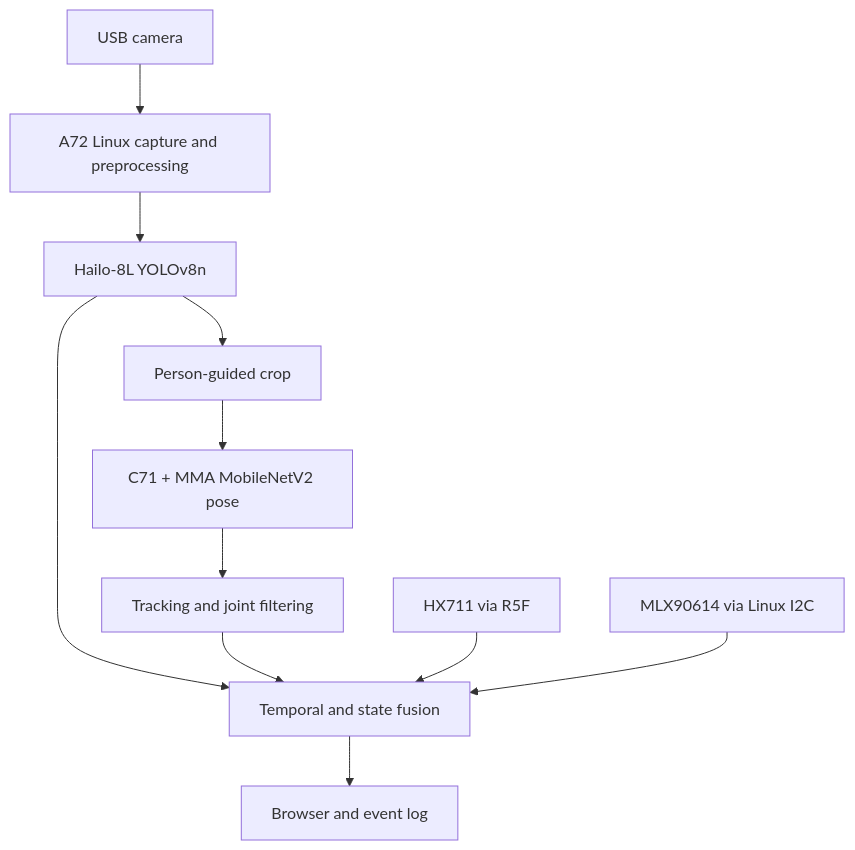
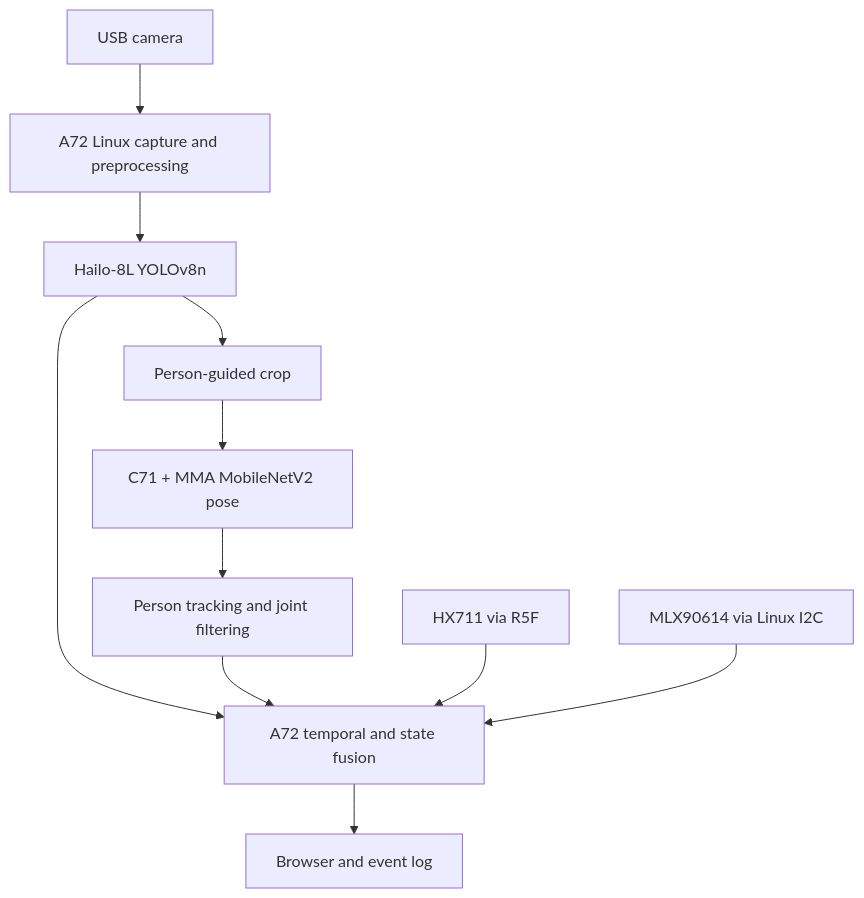
One commit to fan-gu-hao/beaglebone-ai64-hailo8l-heterogeneous-multicore-dual-npu-dual-model-collaborative-inference changed the diagram in README.en.md. Above: the diagram before and after it, drawn with Mermaid. The commit also changed other lines of this file and 1 other file, not shown here.

````diff
--- a/README.en.md
+++ b/README.en.md
@@ -43,13 +43,13 @@
 ```mermaid
 flowchart TD
     Cam["USB camera"] --> Host["A72 Linux capture and preprocessing"]
     Host --> Hailo["Hailo-8L YOLOv8n"]
     Hailo --> Crop["Person-guided crop"]
     Crop --> TI["C71 + MMA MobileNetV2 pose"]
-    Hailo --> Fusion["Temporal and state fusion"]
-    TI --> Smooth["Tracking and joint filtering"]
+    Hailo --> Fusion["A72 temporal and state fusion"]
+    TI --> Smooth["Person tracking and joint filtering"]
     Smooth --> Fusion
     Load["HX711 via R5F"] --> Fusion
     Temp["MLX90614 via Linux I2C"] --> Fusion
     Fusion --> Web["Browser and event log"]
 ```
````
